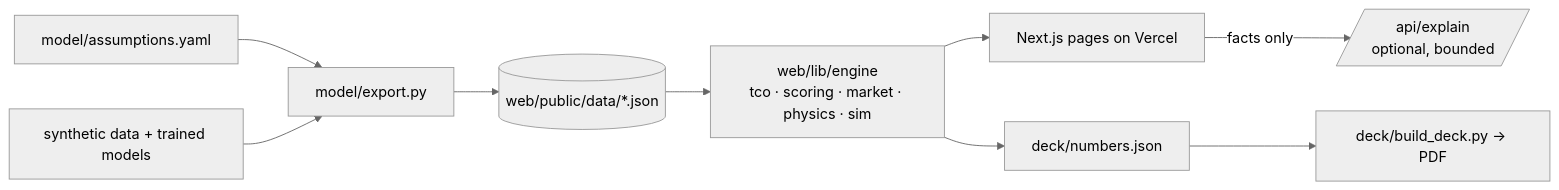
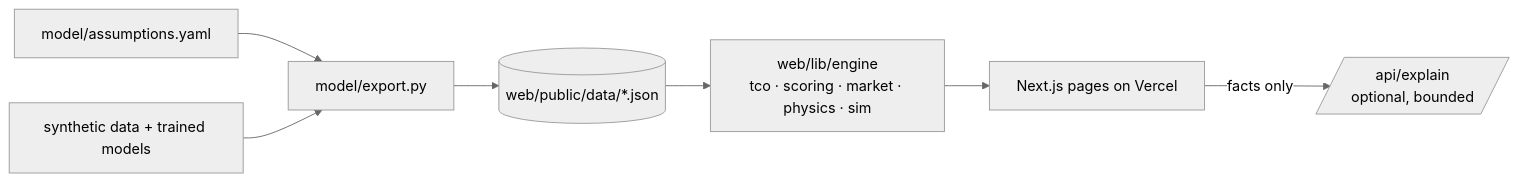
Before and after one commit to Asadalk/sarathi-x6-vantage: the diagram in README.md, drawn with Mermaid (neutral theme). The commit also changed other lines of this file and 5 other files, not shown here.

````diff
--- a/README.md
+++ b/README.md
@@ -48,10 +48,9 @@
 ```mermaid
 flowchart LR
   Y[model/assumptions.yaml] --> X[model/export.py]
   SY[synthetic data + trained models] --> X
   X --> J[(web/public/data/*.json)]
   J --> E[web/lib/engine<br/>tco · scoring · market · physics · sim]
   E --> UI[Next.js pages on Vercel]
   UI -->|facts only| AI[/api/explain<br/>optional, bounded/]
-  E --> DN[deck/numbers.json] --> D[deck/build_deck.py → PDF]
 ```
````
